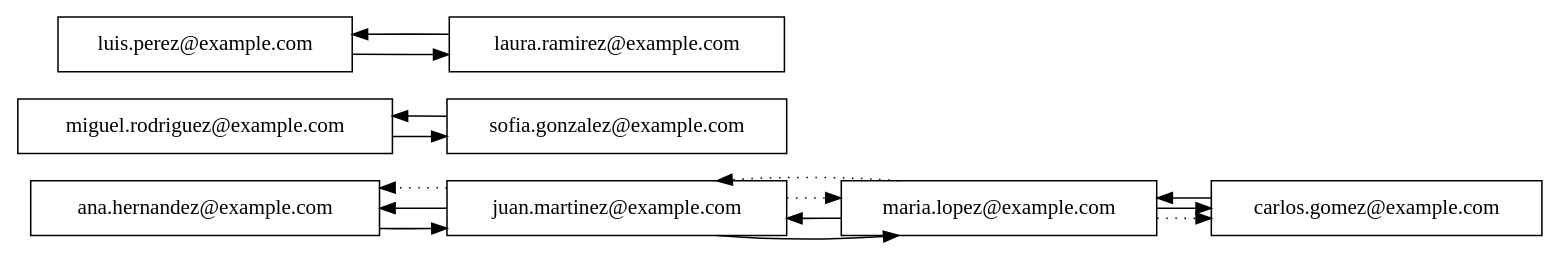
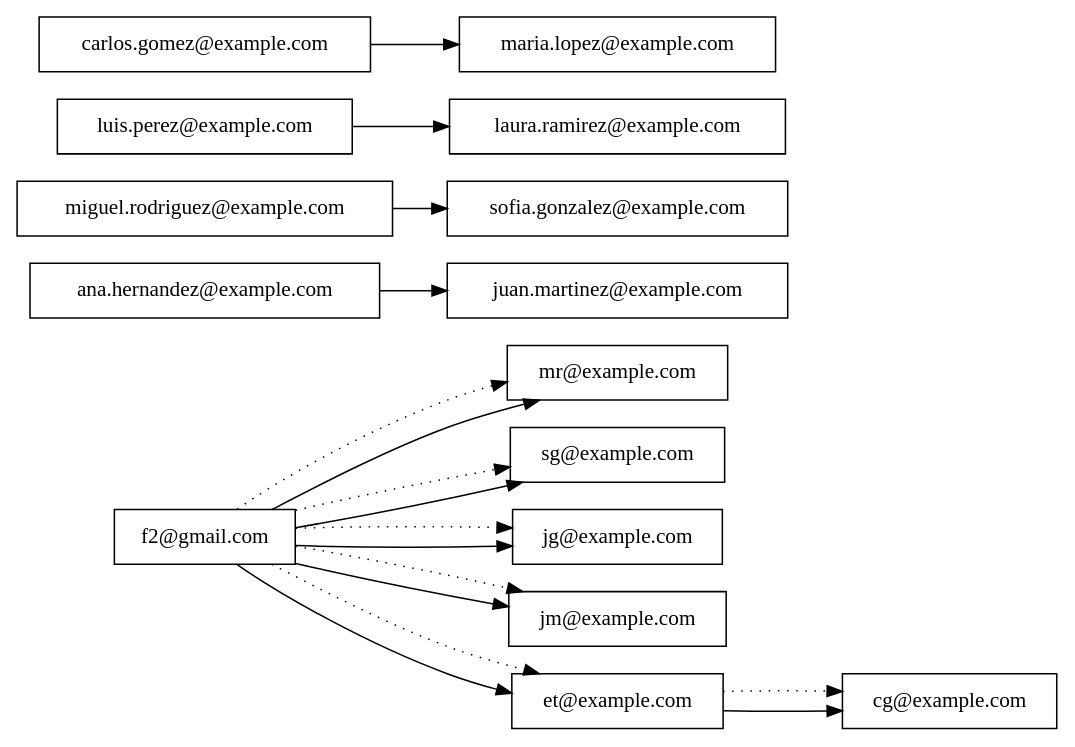
The diagram in Fase3/main/build/Desktop_Qt_6_7_2_MinGW_64_bit-Debug/ListaAdyacencia.dot (Kevin-alvarez1/PROYECTO_MULTIFASES_RED_SOCIAL), drawn with Graphviz before and after one commit. The commit also changed 21 other files, not shown here.

```diff
--- a/Fase3/main/build/Desktop_Qt_6_7_2_MinGW_64_bit-Debug/ListaAdyacencia.dot
+++ b/Fase3/main/build/Desktop_Qt_6_7_2_MinGW_64_bit-Debug/ListaAdyacencia.dot
@@ -1,29 +1,38 @@
 digraph G {
 rankdir=LR;
+"f2@gmail.com" [shape=box];
+"mr@example.com" [shape=box];
+"sg@example.com" [shape=box];
+"jg@example.com" [shape=box];
+"jm@example.com" [shape=box];
+"et@example.com" [shape=box];
+"cg@example.com" [shape=box];
 "ana.hernandez@example.com" [shape=box];
 "juan.martinez@example.com" [shape=box];
 "miguel.rodriguez@example.com" [shape=box];
 "sofia.gonzalez@example.com" [shape=box];
 "luis.perez@example.com" [shape=box];
 "laura.ramirez@example.com" [shape=box];
 "carlos.gomez@example.com" [shape=box];
 "maria.lopez@example.com" [shape=box];
 
 // Conexiones de amistad
+"f2@gmail.com" -> "mr@example.com";
+"f2@gmail.com" -> "sg@example.com";
+"f2@gmail.com" -> "jg@example.com";
+"f2@gmail.com" -> "jm@example.com";
+"f2@gmail.com" -> "et@example.com";
+"et@example.com" -> "cg@example.com";
 "ana.hernandez@example.com" -> "juan.martinez@example.com";
-"juan.martinez@example.com" -> "ana.hernandez@example.com";
-"juan.martinez@example.com" -> "maria.lopez@example.com";
 "miguel.rodriguez@example.com" -> "sofia.gonzalez@example.com";
-"sofia.gonzalez@example.com" -> "miguel.rodriguez@example.com";
 "luis.perez@example.com" -> "laura.ramirez@example.com";
-"laura.ramirez@example.com" -> "luis.perez@example.com";
 "carlos.gomez@example.com" -> "maria.lopez@example.com";
-"maria.lopez@example.com" -> "carlos.gomez@example.com";
-"maria.lopez@example.com" -> "juan.martinez@example.com";
 
 // Recomendaciones
-"juan.martinez@example.com" -> "maria.lopez@example.com" [style=dotted];
-"maria.lopez@example.com" -> "carlos.gomez@example.com" [style=dotted];
-"maria.lopez@example.com" -> "juan.martinez@example.com" [style=dotted];
-"juan.martinez@example.com" -> "ana.hernandez@example.com" [style=dotted];
+"et@example.com" -> "cg@example.com" [style=dotted];
+"f2@gmail.com" -> "sg@example.com" [style=dotted];
+"f2@gmail.com" -> "jg@example.com" [style=dotted];
+"f2@gmail.com" -> "jm@example.com" [style=dotted];
+"f2@gmail.com" -> "et@example.com" [style=dotted];
+"f2@gmail.com" -> "mr@example.com" [style=dotted];
 }
```
